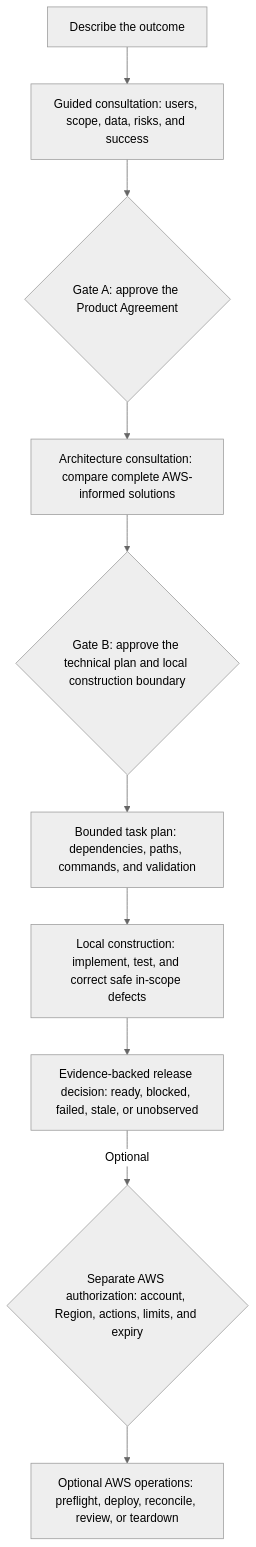
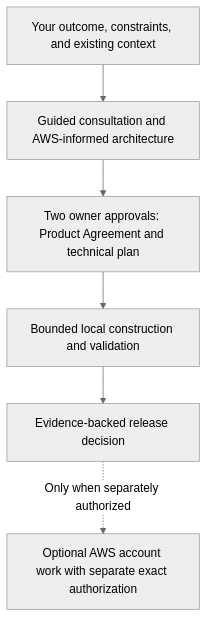
Before and after one commit to Levi-Breedlove/codex-aws-aidlc: the diagram in README.md, drawn with Mermaid (neutral theme). The commit also changed other lines of this file and 10 other files, not shown here.

First line of the commit message:
docs: separate Fastlane landing and workflow (#99)

````diff
--- a/README.md
+++ b/README.md
@@ -51,20 +42,15 @@
 ```mermaid
 flowchart TB
-    accTitle: Fastlane customer delivery lifecycle
-    accDescr: The owner describes an outcome, approves requirements and the technical plan, Codex builds and validates locally, and AWS operations remain separately authorized.
+    accTitle: Fastlane governance at a glance
+    accDescr: The owner brings the outcome, approves product and technical boundaries, Codex builds and verifies locally, and every AWS account action remains separately authorized.
 
-    IDEA["Describe the outcome"]
-    DEFINE["Guided consultation: users, scope, data, risks, and success"]
-    GATEA{"Gate A: approve the Product Agreement"}
-    DESIGN["Architecture consultation: compare complete AWS-informed solutions"]
-    GATEB{"Gate B: approve the technical plan and local construction boundary"}
-    TASKS["Bounded task plan: dependencies, paths, commands, and validation"]
-    BUILD["Local construction: implement, test, and correct safe in-scope defects"]
-    RELEASE["Evidence-backed release decision: ready, blocked, failed, stale, or unobserved"]
-    AWSAUTH{"Separate AWS authorization: account, Region, actions, limits, and expiry"}
-    AWSOPS["Optional AWS operations: preflight, deploy, reconcile, review, or teardown"]
+    OUTCOME["Your outcome, constraints, and existing context"]
+    CONSULT["Guided consultation and AWS-informed architecture"]
+    APPROVALS["Two owner approvals: Product Agreement and technical plan"]
+    BUILD["Bounded local construction and validation"]
+    EVIDENCE["Evidence-backed release decision"]
+    AWS["Optional AWS account work with separate exact authorization"]
 
-    IDEA --> DEFINE --> GATEA --> DESIGN --> GATEB
-    GATEB --> TASKS --> BUILD --> RELEASE
-    RELEASE -->|"Optional"| AWSAUTH --> AWSOPS
+    OUTCOME --> CONSULT --> APPROVALS --> BUILD --> EVIDENCE
+    EVIDENCE -. "Only when separately authorized" .-> AWS
 ```
````
